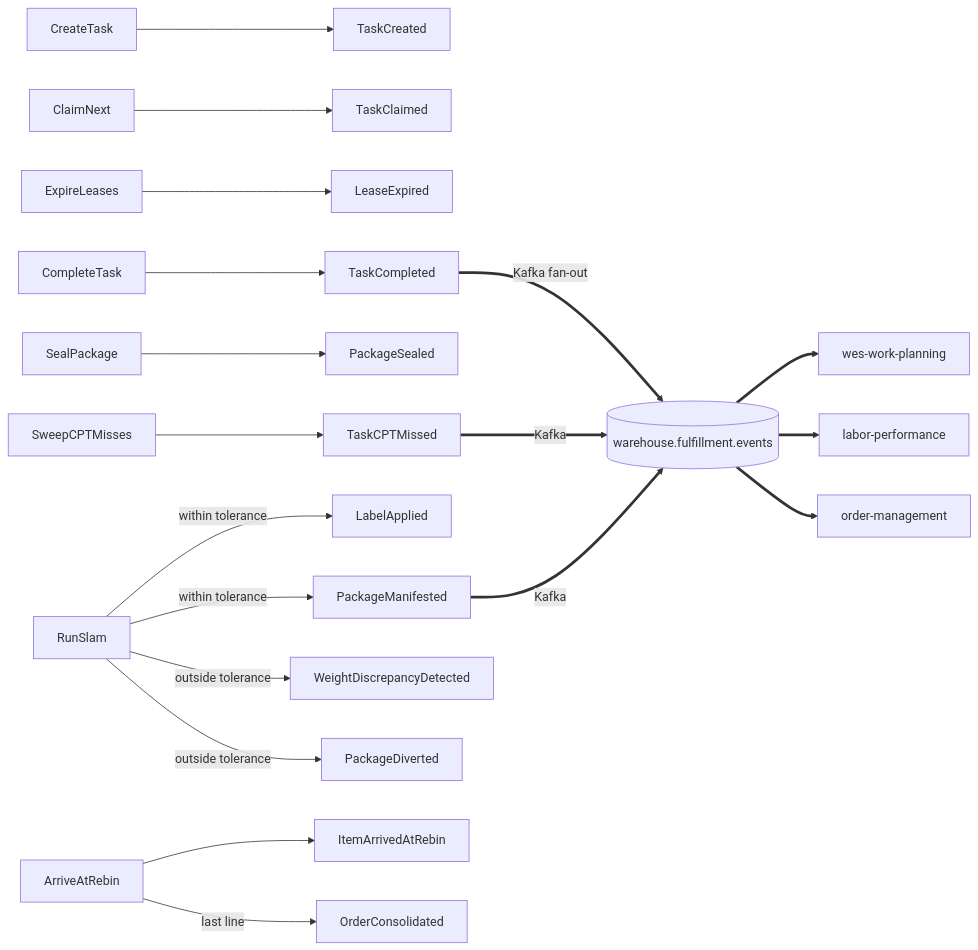
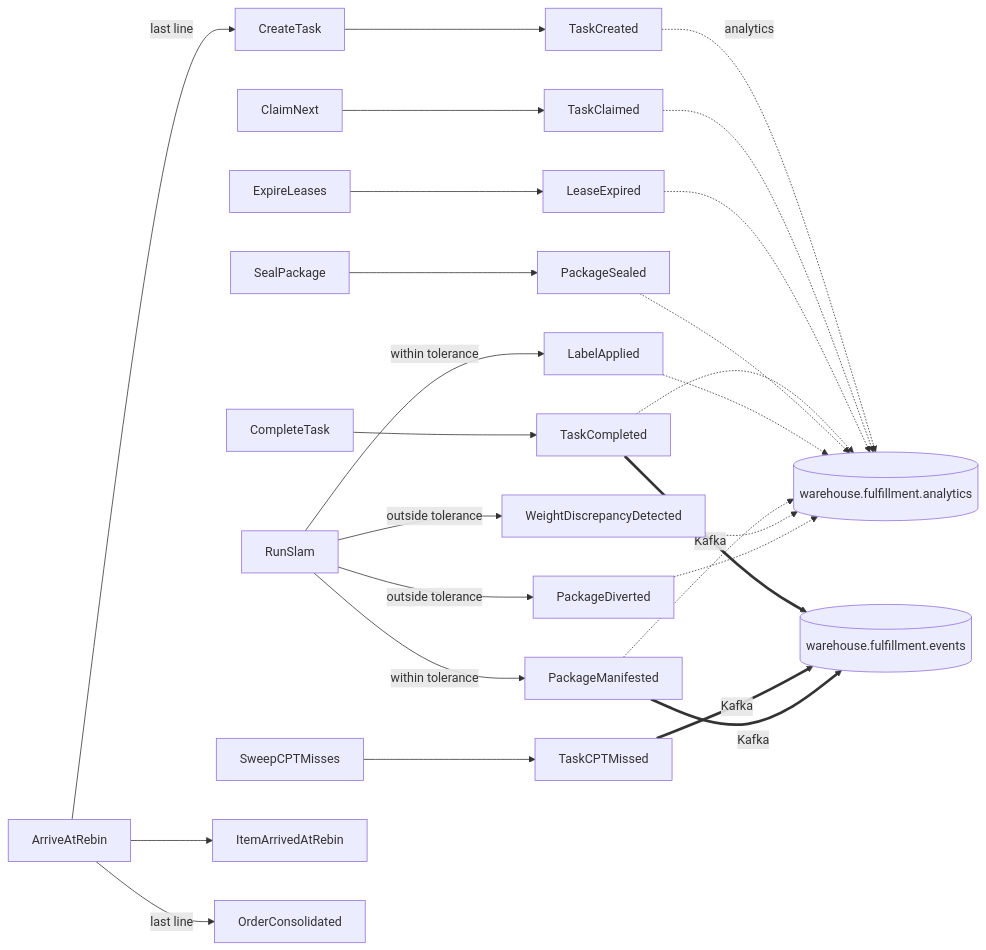
The diagram in docs/contexts/fulfillment-execution/domain-events.md (IQVO/warehouse-docs), drawn with Mermaid before and after one commit. The commit also changed other lines of this file and 717 other files, not shown here.

````diff
--- a/docs/contexts/fulfillment-execution/domain-events.md
+++ b/docs/contexts/fulfillment-execution/domain-events.md
@@ -88,21 +126,28 @@
 ```mermaid
 flowchart LR
     CT["CreateTask"] --> TC["TaskCreated"]
     CN["ClaimNext"] --> TCL["TaskClaimed"]
     EL["ExpireLeases"] --> LE["LeaseExpired"]
     CMP["CompleteTask"] --> TCP["TaskCompleted"]
     SP["SealPackage"] --> PS["PackageSealed"]
     RS["RunSlam"] -->|within tolerance| LA["LabelApplied"]
     RS -->|within tolerance| PM["PackageManifested"]
     RS -->|outside tolerance| WD["WeightDiscrepancyDetected"]
     RS -->|outside tolerance| PD["PackageDiverted"]
     SW["SweepCPTMisses"] --> CM["TaskCPTMissed"]
     AR["ArriveAtRebin"] --> IA["ItemArrivedAtRebin"]
+    AR -->|last line| CT
     AR -->|last line| OC["OrderConsolidated"]
-    TCP ==>|Kafka fan-out| K[("warehouse.fulfillment.events")]
+    TCP ==>|Kafka| K[("warehouse.fulfillment.events")]
     CM ==>|Kafka| K
     PM ==>|Kafka| K
-    K ==> WP["wes-work-planning"]
-    K ==> LP["labor-performance"]
-    K ==> OM["order-management"]
+    TC -.->|analytics| A[("warehouse.fulfillment.analytics")]
+    TCL -.-> A
+    LE -.-> A
+    TCP -.-> A
+    PS -.-> A
+    LA -.-> A
+    PM -.-> A
+    WD -.-> A
+    PD -.-> A
 ```
````
